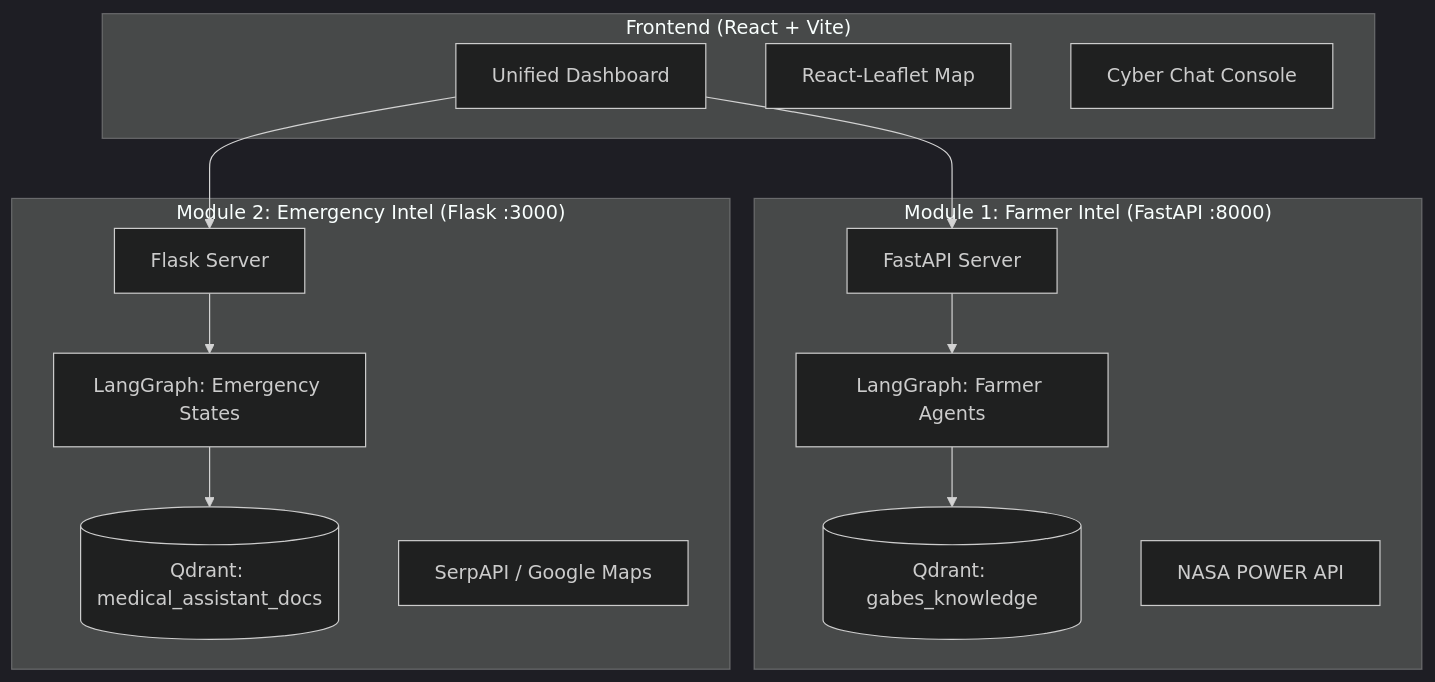
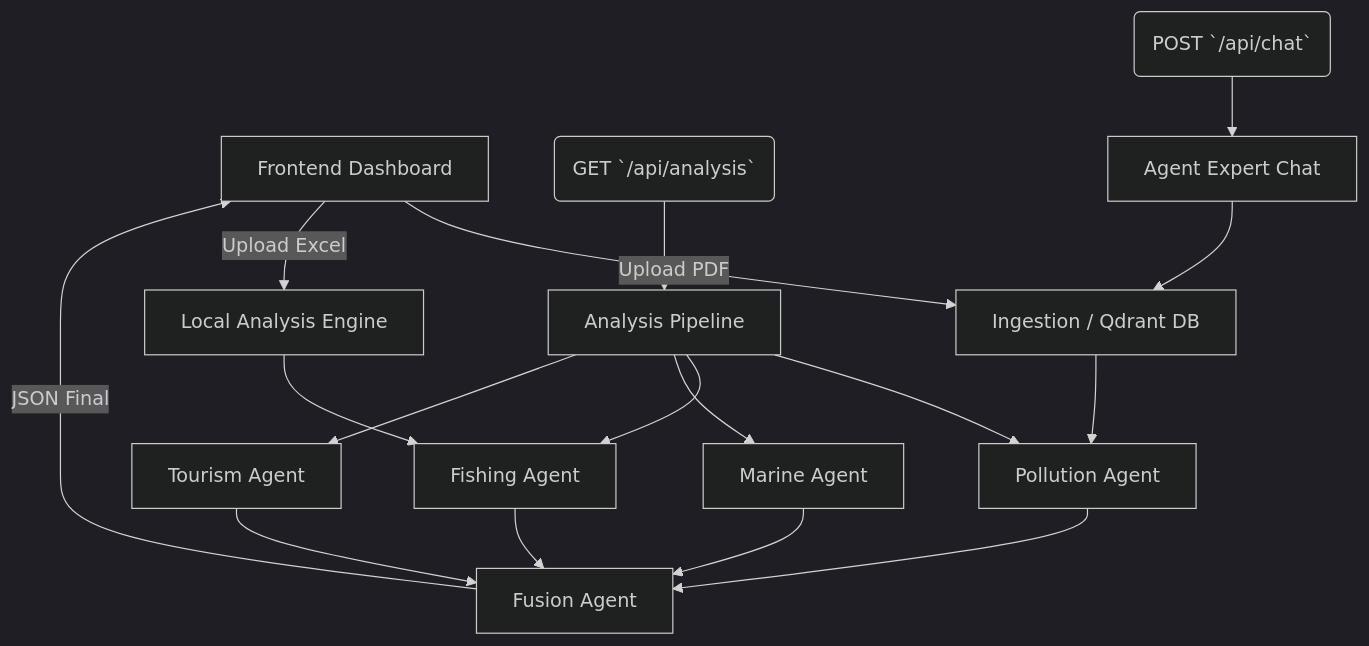
Before and after one commit to omarfh111/Gabesi-AIGuardian: the diagram in README.md, drawn with Mermaid (dark theme). The commit also changed other lines of this file and 37 other files, not shown here.

````diff
--- a/README.md
+++ b/README.md
@@ -25,29 +31,25 @@
 ```mermaid
 graph TD
-    subgraph "Frontend (React + Vite)"
-        UI[Unified Dashboard]
-        Map[React-Leaflet Map]
-        Chat[Cyber Chat Console]
-    end
+    UI[Frontend Dashboard] -->|Upload PDF| INGEST[Ingestion / Qdrant DB]
+    UI -->|Upload Excel| CSV_MEM[Local Analysis Engine]
+    
+    API_ANALYZE(GET `/api/analysis`) --> PIPE[Analysis Pipeline]
+    
+    PIPE --> POLL_AGT[Pollution Agent]
+    PIPE --> FISH_AGT[Fishing Agent]
+    PIPE --> MAR_AGT[Marine Agent]
+    PIPE --> TOUR_AGT[Tourism Agent]
+    
+    INGEST --> POLL_AGT
+    CSV_MEM --> FISH_AGT
+    
+    POLL_AGT --> FUSION[Fusion Agent]
+    FISH_AGT --> FUSION
+    MAR_AGT --> FUSION
+    TOUR_AGT --> FUSION
 
-    subgraph "Module 1: Farmer Intel (FastAPI :8000)"
-        FA[FastAPI Server]
-        LG1[LangGraph: Farmer Agents]
-        Q1[(Qdrant: gabes_knowledge)]
-        NASA[NASA POWER API]
-    end
-
-    subgraph "Module 2: Emergency Intel (Flask :3000)"
-        FS[Flask Server]
-        LG2[LangGraph: Emergency States]
-        Q2[(Qdrant: medical_assistant_docs)]
-        Serp[SerpAPI / Google Maps]
-    end
-
-    UI --> FA
-    UI --> FS
-    FA --> LG1
-    FS --> LG2
-    LG1 --> Q1
-    LG2 --> Q2
+    FUSION -->|JSON Final| UI
+    
+    API_CHAT(POST `/api/chat`) --> CHAT_AGT[Agent Expert Chat]
+    CHAT_AGT --> INGEST
 ```
````
